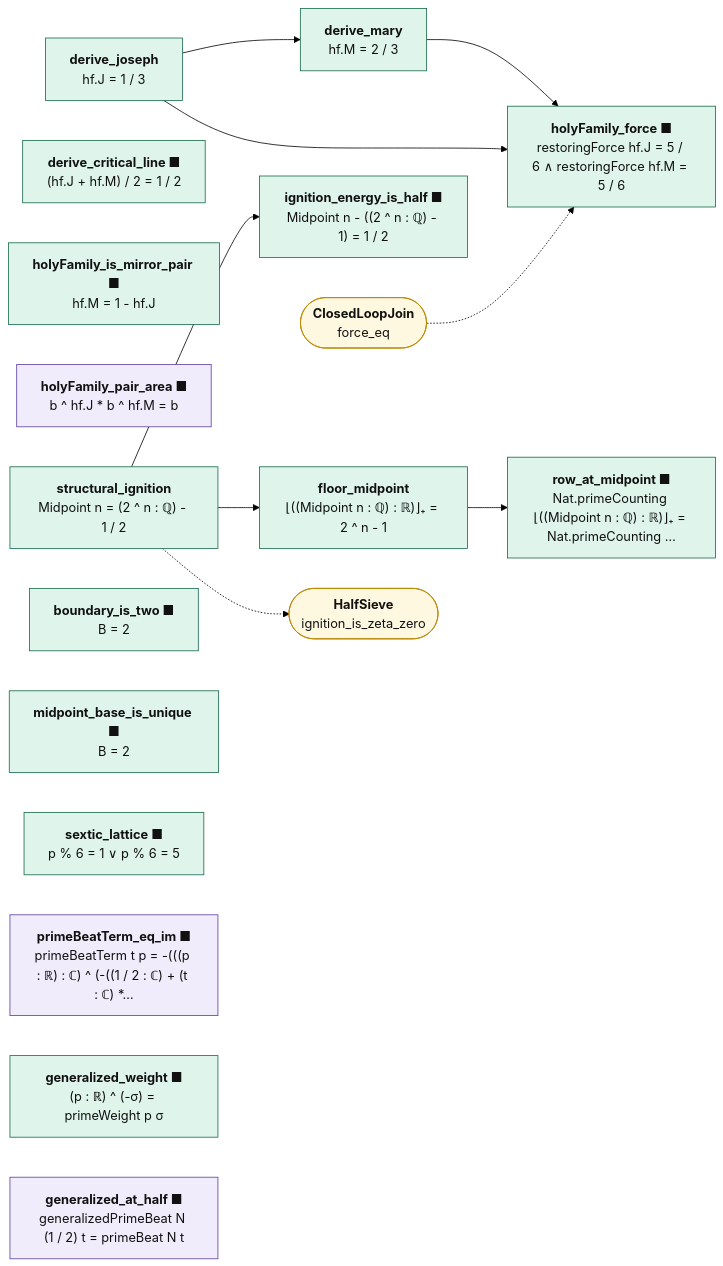
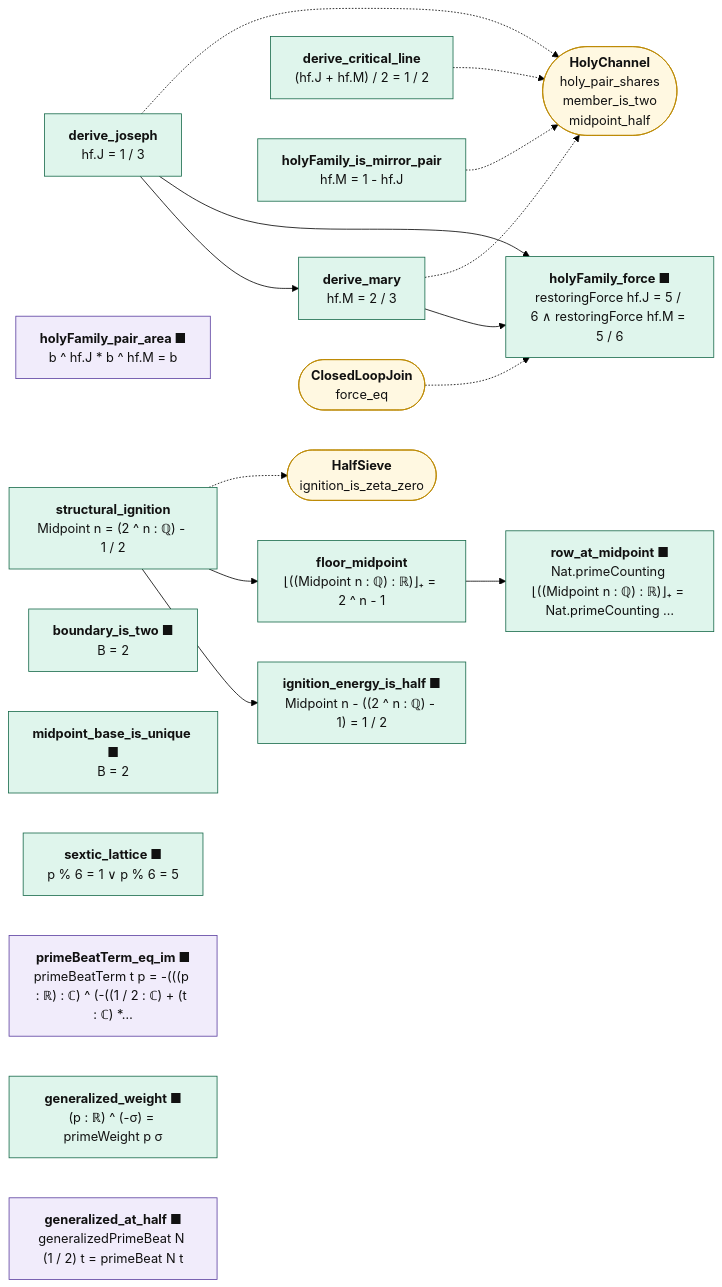
The diagram in map/lean_stage3/ClosedLoopChain.mmd (juliansambranojr/Primebeat_081426), drawn with Mermaid (forest theme) before and after one commit. The commit also changed 29 other files, not shown here.

First line of the commit message:
Block J9: the Holy Family's channel (unit 0498)

```diff
--- a/map/lean_stage3/ClosedLoopChain.mmd
+++ b/map/lean_stage3/ClosedLoopChain.mmd
@@ -1,35 +1,40 @@
 flowchart LR
   n0["<b>derive_joseph</b><br/>hf.J = 1 / 3"]:::cnt
   n1["<b>derive_mary</b><br/>hf.M = 2 / 3"]:::cnt
-  n2["<b>derive_critical_line ■</b><br/>(hf.J + hf.M) / 2 = 1 / 2"]:::cnt
-  n3["<b>holyFamily_is_mirror_pair ■</b><br/>hf.M = 1 - hf.J"]:::cnt
+  n2["<b>derive_critical_line</b><br/>(hf.J + hf.M) / 2 = 1 / 2"]:::cnt
+  n3["<b>holyFamily_is_mirror_pair</b><br/>hf.M = 1 - hf.J"]:::cnt
   n4["<b>holyFamily_pair_area ■</b><br/>b ^ hf.J * b ^ hf.M = b"]:::shp
   n5["<b>holyFamily_force ■</b><br/>restoringForce hf.J = 5 / 6 ∧ restoringForce hf.M = 5 / 6"]:::cnt
   n6["<b>structural_ignition</b><br/>Midpoint n = (2 ^ n : ℚ) - 1 / 2"]:::cnt
   n7["<b>ignition_energy_is_half ■</b><br/>Midpoint n - ((2 ^ n : ℚ) - 1) = 1 / 2"]:::cnt
   n8["<b>floor_midpoint</b><br/>⌊((Midpoint n : ℚ) : ℝ)⌋₊ = 2 ^ n - 1"]:::cnt
   n9["<b>row_at_midpoint ■</b><br/>Nat.primeCounting ⌊((Midpoint n : ℚ) : ℝ)⌋₊ = Nat.primeCounting …"]:::cnt
   n10["<b>boundary_is_two ■</b><br/>B = 2"]:::cnt
   n11["<b>midpoint_base_is_unique ■</b><br/>B = 2"]:::cnt
   n12["<b>sextic_lattice ■</b><br/>p % 6 = 1 ∨ p % 6 = 5"]:::cnt
   n13["<b>primeBeatTerm_eq_im ■</b><br/>primeBeatTerm t p = -(((p : ℝ) : ℂ) ^ (-((1 / 2 : ℂ) + (t : ℂ) *…"]:::shp
   n14["<b>generalized_weight ■</b><br/>(p : ℝ) ^ (-σ) = primeWeight p σ"]:::cnt
   n15["<b>generalized_at_half ■</b><br/>generalizedPrimeBeat N (1 / 2) t = primeBeat N t"]:::shp
-  x0(["<b>ClosedLoopJoin</b><br/>force_eq"]):::ext
-  x1(["<b>HalfSieve</b><br/>ignition_is_zeta_zero"]):::ext
+  x0(["<b>HolyChannel</b><br/>holy_pair_shares<br/>member_is_two<br/>midpoint_half"]):::ext
+  x1(["<b>ClosedLoopJoin</b><br/>force_eq"]):::ext
+  x2(["<b>HalfSieve</b><br/>ignition_is_zeta_zero"]):::ext
   n0 --> n1
   n0 --> n5
   n1 --> n5
   n6 --> n7
   n6 --> n8
   n8 --> n9
-  n6 -.-> x1
-  x0 -.-> n5
+  n0 -.-> x0
+  n1 -.-> x0
+  n2 -.-> x0
+  n3 -.-> x0
+  n6 -.-> x2
+  x1 -.-> n5
   classDef cnt fill:#dff5ec,stroke:#17694a,color:#111
   classDef shp fill:#f1ecfb,stroke:#5b3fa0,color:#111
   classDef rh fill:#ffe5e5,stroke:#c22,color:#111,stroke-width:2px
   classDef thm fill:#eef4ff,stroke:#335,color:#111
   classDef end_ fill:#e7f7e7,stroke:#2a7,color:#111,stroke-width:2px
   classDef lone fill:#fff,stroke:#999,color:#111,stroke-dasharray:4 3
   classDef bad fill:#ffe5e5,stroke:#c22,color:#111,stroke-width:2px
   classDef ext fill:#fff8e1,stroke:#b80,color:#111
```
